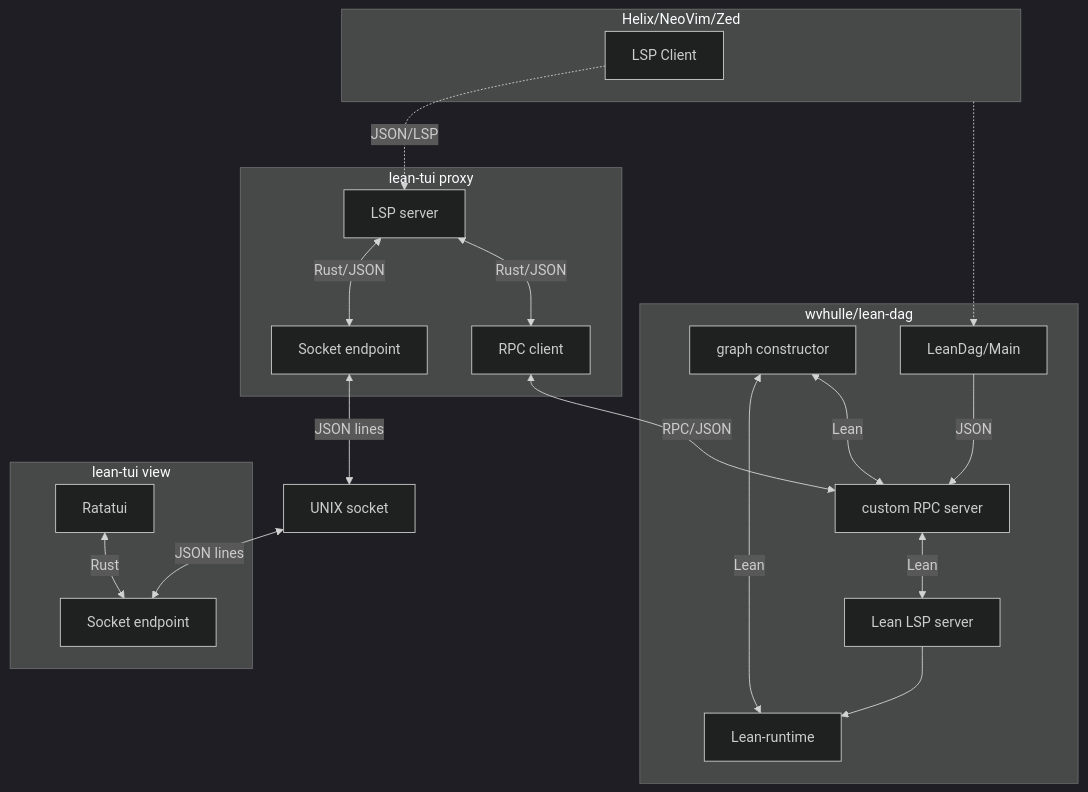
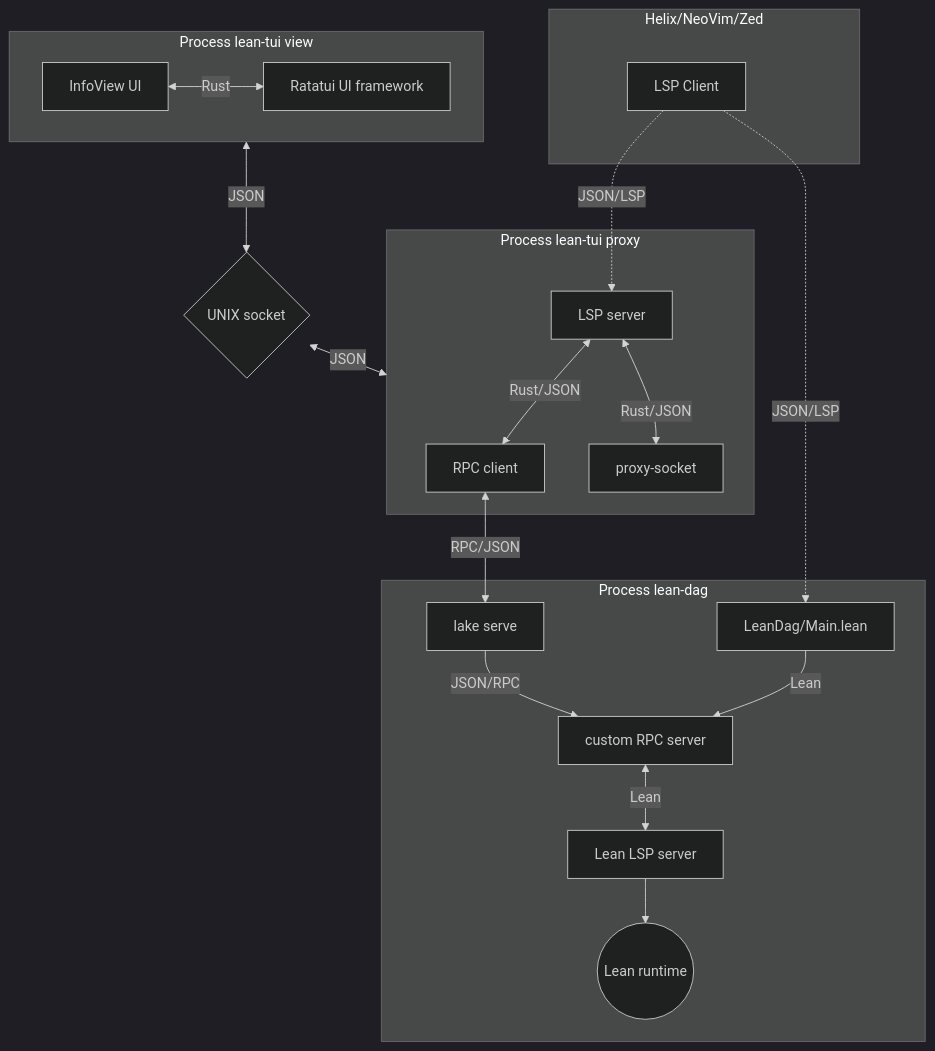
The diagram in README.md (shnarazk/lean-tui), drawn with Mermaid (dark theme) before and after one commit. The commit also changed other lines of this file, not shown here.

Commit message:
docs: add shapes diagram

````diff
--- a/README.md
+++ b/README.md
@@ -152,58 +163,53 @@
 ```mermaid
-flowchart TD
-    subgraph LSP-proxy[wvhulle/lean-dag]
-
-        lean-runtime[Lean-runtime]
-        LeanDag[graph constructor]
-
-        LeanDag <-->|Lean| lean-runtime
-
-        custom-rpc-server[custom RPC server]
-        original-lean-lsp[Lean LSP server]
-
-        
-
-        lean-dag[LeanDag/Main]
-        original-lean-lsp --> lean-runtime
-
-        lean-dag -->|JSON| custom-rpc-server 
-        LeanDag <-->|Lean| custom-rpc-server
-        custom-rpc-server <-->|Lean| original-lean-lsp
-    end
-
-    subgraph proxy["lean-tui proxy"]
-        
-        proxy-rpc-client[RPC client]
-        proxy-lsp-server[LSP server]
-        proxy-socket[Socket endpoint]
-        proxy-lsp-server <-->|Rust/JSON| proxy-socket
-        proxy-lsp-server <-->|Rust/JSON| proxy-rpc-client
-        proxy-rpc-client <-->|RPC/JSON| custom-rpc-server
-    end
-
-    
-
-    
-        subgraph TUI[lean-tui view]
-            tui-socket[Socket endpoint]
+flowchart
+subgraph LSP-proxy["Process lean-dag"]
 
 
-            Ratatui
 
-            Ratatui <-->|Rust| tui-socket
-        end
-        
-        json-socket[UNIX socket]
-
-        subgraph Editor[Helix/NeoVim/Zed]
-            editor-lsp-client[LSP Client]
-        end
+    lean-runtime((Lean runtime))
 
 
-        proxy-socket <-->|JSON lines| json-socket <-->|JSON lines| tui-socket
+    custom-rpc-server[custom RPC server]
+    original-lean-lsp[Lean LSP server]
 
-        editor-lsp-client -.->|JSON/LSP| proxy-lsp-server
-        
-        Editor -.-> lean-dag
-   
+
+
+    original-lean-lsp --> lean-runtime
+
+    lean-dag[LeanDag/Main.lean] -->|Lean| custom-rpc-server
+
+    lake-serve[lake serve] -->|JSON/RPC| custom-rpc-server
+
+    custom-rpc-server <-->|Lean| original-lean-lsp
+end
+
+subgraph proxy["Process lean-tui proxy"]
+
+    proxy-rpc-client[RPC client]
+    proxy-lsp-server[LSP server]
+    proxy-lsp-server <-->|Rust/JSON| proxy-socket
+    proxy-lsp-server <-->|Rust/JSON| proxy-rpc-client
+    proxy-rpc-client <-->|RPC/JSON| lake-serve
+end
+
+
+
+
+subgraph TUI["Process lean-tui view"]
+    info-view[InfoView UI]
+    ratatui[Ratatui UI framework]
+    info-view <--> |Rust| ratatui
+end
+
+TUI <-->|JSON| json-socket{UNIX socket} <-->|JSON| proxy
+
+subgraph Editor[Helix/NeoVim/Zed]
+    editor-lsp-client[LSP Client]
+end
+
+
+
+editor-lsp-client -.->|JSON/LSP| proxy-lsp-server
+
+editor-lsp-client -.->|JSON/LSP| lean-dag
 ```
````
